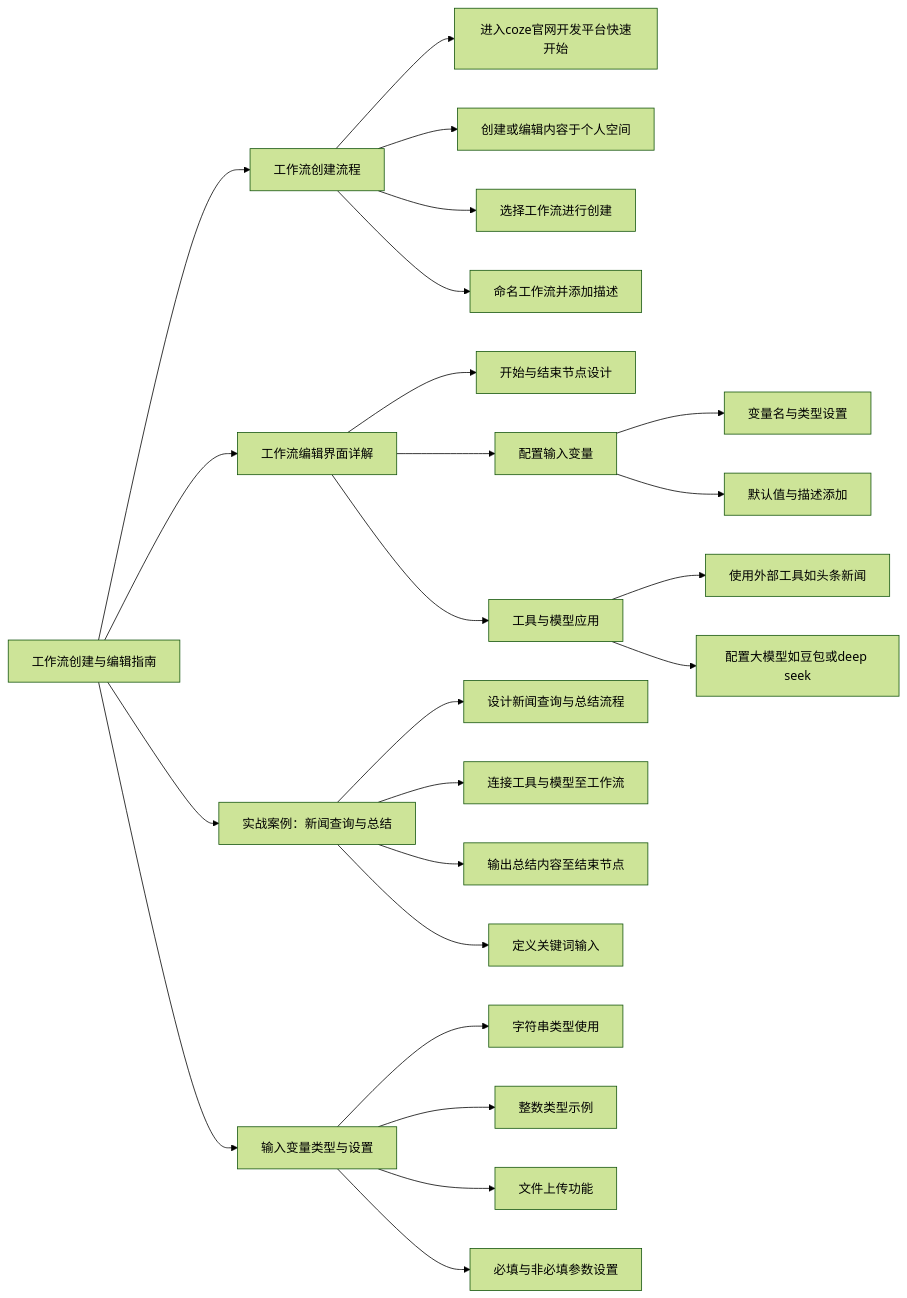
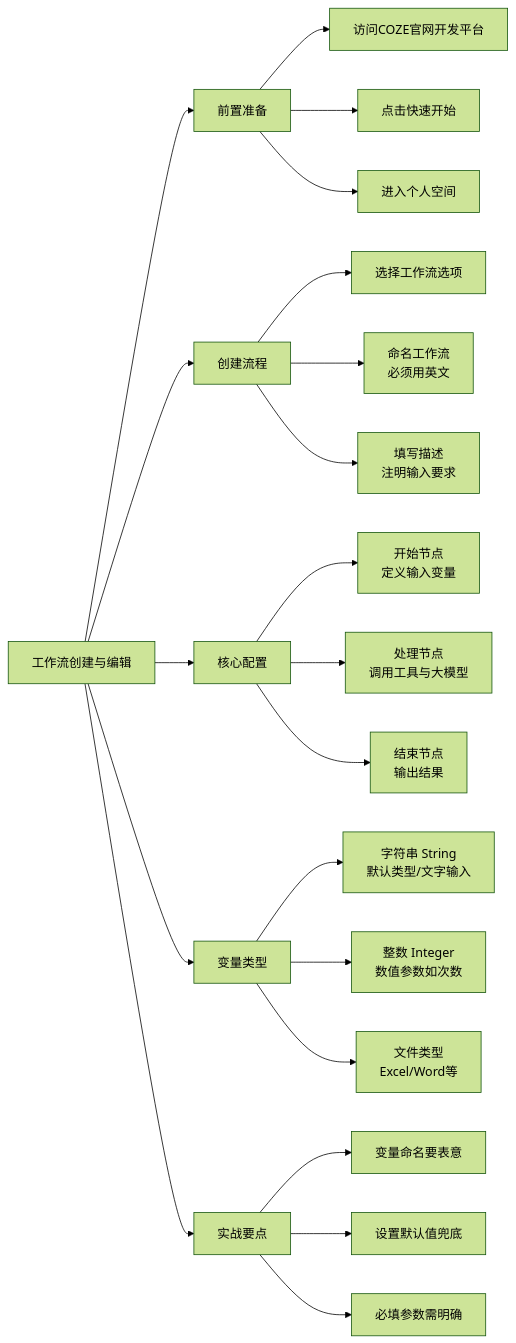
The diagram in 学习文档/04-第四章【应用篇】Al Agent搭建智能体应用/4.1 新闻搜索与总结.md (Ellecho-git/AI-Learning), drawn with Mermaid (forest theme) before and after one commit. The commit also changed other lines of this file, not shown here.

````diff
--- a/学习文档/04-第四章【应用篇】Al Agent搭建智能体应用/4.1 新闻搜索与总结.md
+++ b/学习文档/04-第四章【应用篇】Al Agent搭建智能体应用/4.1 新闻搜索与总结.md
@@ -4,26 +4,28 @@
 ```mermaid
 flowchart LR
-    A[工作流创建与编辑指南] --> B[工作流创建流程]
-    A --> C[工作流编辑界面详解]
-    A --> D[实战案例：新闻查询与总结]
-    A --> E[输入变量类型与设置] 
-    B --> B1[进入coze官网开发平台快速开始]
-    B --> B2[创建或编辑内容于个人空间]
-    B --> B3[选择工作流进行创建]
-    B --> B4[命名工作流并添加描述] 
-    C --> C1[开始与结束节点设计]
-    C --> C2[配置输入变量]
-    C --> C3[工具与模型应用]
-    C2 --> C2a[变量名与类型设置]
-    C2 --> C2b[默认值与描述添加]
-    C3 --> C3a[使用外部工具如头条新闻]
-    C3 --> C3b[配置大模型如豆包或deep seek]
-    D --> D1[设计新闻查询与总结流程]
-    D --> D2[连接工具与模型至工作流]
-    D --> D3[输出总结内容至结束节点]
-    D --> D4[定义关键词输入]
-    E --> E1[字符串类型使用]
-    E --> E2[整数类型示例]
-    E --> E3[文件上传功能]
-    E --> E4[必填与非必填参数设置]
+    A[工作流创建与编辑] --> B[前置准备]
+    A --> C[创建流程]
+    A --> D[核心配置]
+    A --> E[变量类型]
+    A --> F[实战要点]
+    
+    B --> B1[访问COZE官网开发平台]
+    B --> B2[点击快速开始]
+    B --> B3[进入个人空间]
+    
+    C --> C1[选择工作流选项]
+    C --> C2[命名工作流<br/>必须用英文]
+    C --> C3[填写描述<br/>注明输入要求]
+    
+    D --> D1[开始节点<br/>定义输入变量]
+    D --> D2[处理节点<br/>调用工具与大模型]
+    D --> D3[结束节点<br/>输出结果]
+    
+    E --> E1[字符串 String<br/>默认类型/文字输入]
+    E --> E2[整数 Integer<br/>数值参数如次数]
+    E --> E3[文件类型<br/>Excel/Word等]
+    
+    F --> F1[变量命名要表意]
+    F --> F2[设置默认值兜底]
+    F --> F3[必填参数需明确]
 ```
````
